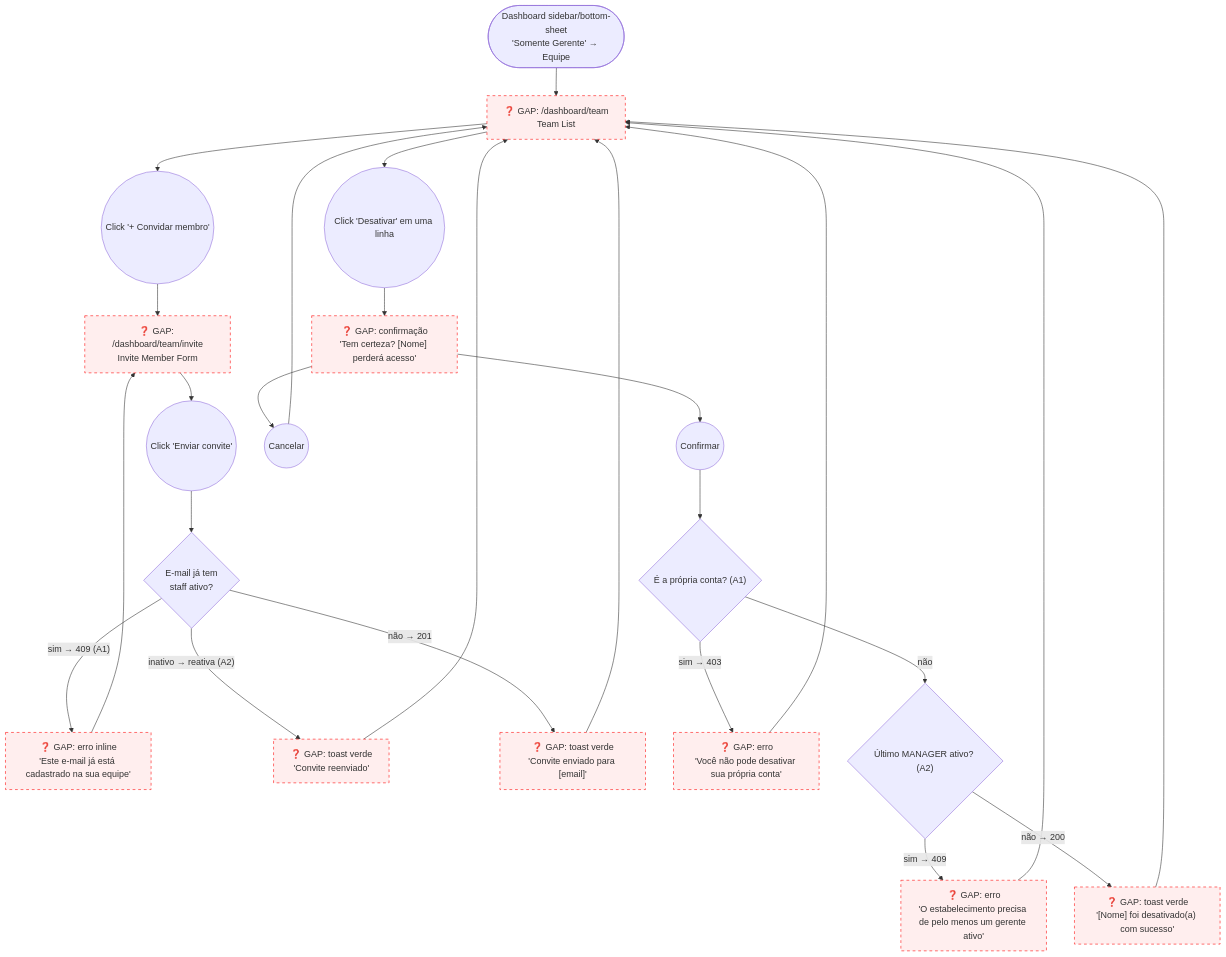
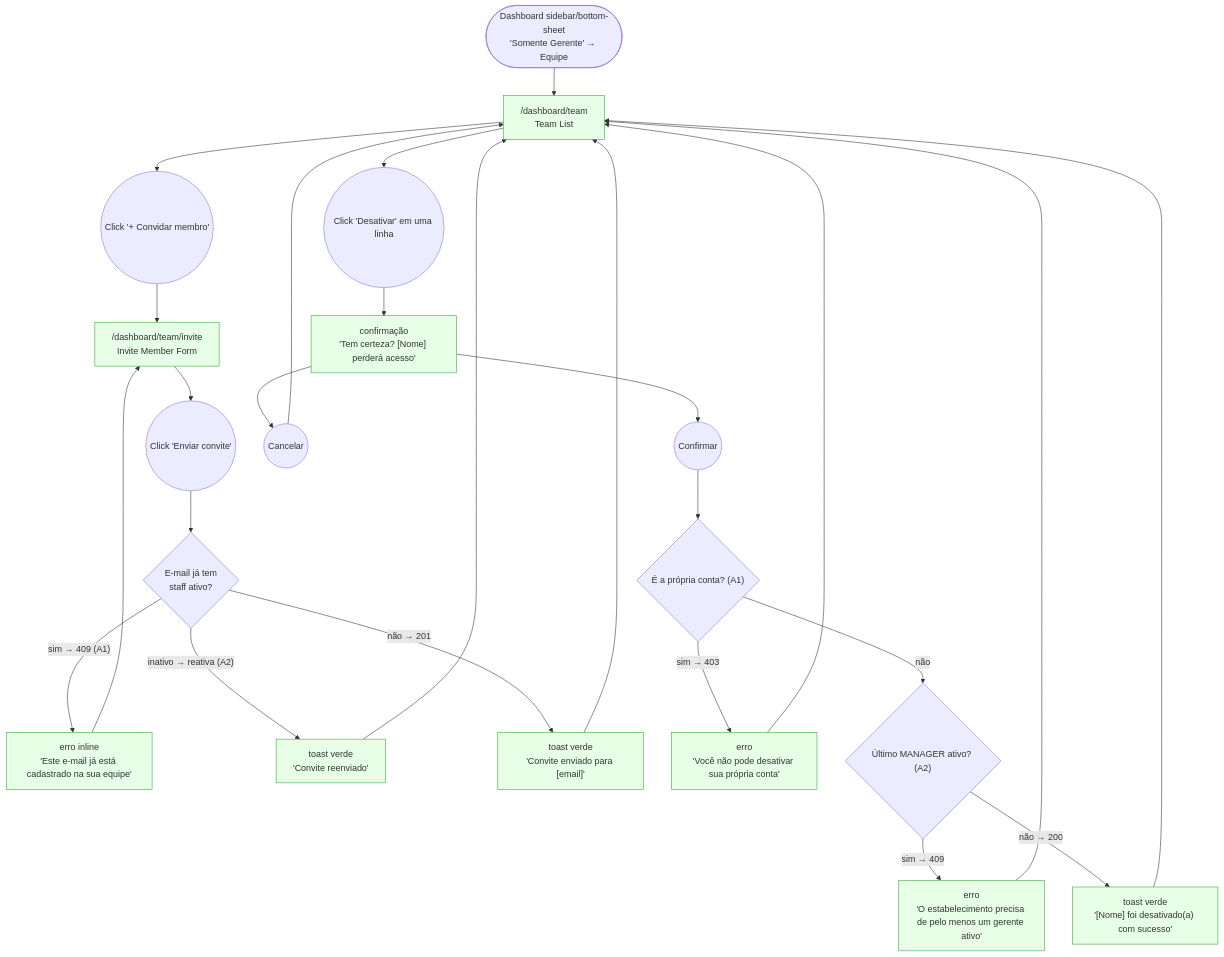
One commit to lmmoreira/ikaro changed the diagram in plan/journey/manager/equipe.md. Above: the diagram before and after it, drawn with Mermaid. The commit also changed other lines of this file and 160 other files, not shown here.

````diff
--- a/plan/journey/manager/equipe.md
+++ b/plan/journey/manager/equipe.md
@@ -10,37 +10,37 @@
 ```mermaid
 flowchart TD
     classDef existing fill:#e6ffe6,stroke:#3a3
     classDef gap stroke:#f00,stroke-dasharray: 5 5,fill:#fee
 
-    Start(["Dashboard sidebar/bottom-sheet<br/>'Somente Gerente' → Equipe"]) --> List["❓ GAP: /dashboard/team<br/>Team List"]
+    Start(["Dashboard sidebar/bottom-sheet<br/>'Somente Gerente' → Equipe"]) --> List["/dashboard/team<br/>Team List"]
 
     List --> InviteBtn(("Click '+ Convidar membro'"))
     List --> DeactivateBtn(("Click 'Desativar' em uma linha"))
 
     %% UC-028 — Invite
-    InviteBtn --> InviteForm["❓ GAP: /dashboard/team/invite<br/>Invite Member Form"]
+    InviteBtn --> InviteForm["/dashboard/team/invite<br/>Invite Member Form"]
     InviteForm --> InviteSubmit(("Click 'Enviar convite'"))
     InviteSubmit --> EmailCheck{"E-mail já tem<br/>staff ativo?"}
-    EmailCheck -- "sim → 409 (A1)" --> EmailError["❓ GAP: erro inline<br/>'Este e-mail já está cadastrado na sua equipe'"]
+    EmailCheck -- "sim → 409 (A1)" --> EmailError["erro inline<br/>'Este e-mail já está cadastrado na sua equipe'"]
     EmailError --> InviteForm
-    EmailCheck -- "inativo → reativa (A2)" --> ReactivateSuccess["❓ GAP: toast verde<br/>'Convite reenviado'"]
-    EmailCheck -- "não → 201" --> InviteSuccess["❓ GAP: toast verde<br/>'Convite enviado para [email]'"]
+    EmailCheck -- "inativo → reativa (A2)" --> ReactivateSuccess["toast verde<br/>'Convite reenviado'"]
+    EmailCheck -- "não → 201" --> InviteSuccess["toast verde<br/>'Convite enviado para [email]'"]
     ReactivateSuccess --> List
     InviteSuccess --> List
 
     %% UC-029 — Deactivate
-    DeactivateBtn --> DeactivateConfirm["❓ GAP: confirmação<br/>'Tem certeza? [Nome] perderá acesso'"]
+    DeactivateBtn --> DeactivateConfirm["confirmação<br/>'Tem certeza? [Nome] perderá acesso'"]
     DeactivateConfirm --> ConfirmYes(("Confirmar"))
     DeactivateConfirm --> ConfirmNo(("Cancelar"))
     ConfirmNo --> List
     ConfirmYes --> SelfCheck{"É a própria conta? (A1)"}
-    SelfCheck -- "sim → 403" --> SelfError["❓ GAP: erro<br/>'Você não pode desativar sua própria conta'"]
+    SelfCheck -- "sim → 403" --> SelfError["erro<br/>'Você não pode desativar sua própria conta'"]
     SelfCheck -- "não" --> LastManagerCheck{"Último MANAGER ativo? (A2)"}
-    LastManagerCheck -- "sim → 409" --> LastManagerError["❓ GAP: erro<br/>'O estabelecimento precisa de pelo menos um gerente ativo'"]
-    LastManagerCheck -- "não → 200" --> DeactivateSuccess["❓ GAP: toast verde<br/>'[Nome] foi desativado(a) com sucesso'"]
+    LastManagerCheck -- "sim → 409" --> LastManagerError["erro<br/>'O estabelecimento precisa de pelo menos um gerente ativo'"]
+    LastManagerCheck -- "não → 200" --> DeactivateSuccess["toast verde<br/>'[Nome] foi desativado(a) com sucesso'"]
     SelfError --> List
     LastManagerError --> List
     DeactivateSuccess --> List
 
-    class List,InviteForm,EmailError,ReactivateSuccess,InviteSuccess,DeactivateConfirm,SelfError,LastManagerError,DeactivateSuccess gap
+    class List,InviteForm,EmailError,ReactivateSuccess,InviteSuccess,DeactivateConfirm,SelfError,LastManagerError,DeactivateSuccess existing
 ```
````
